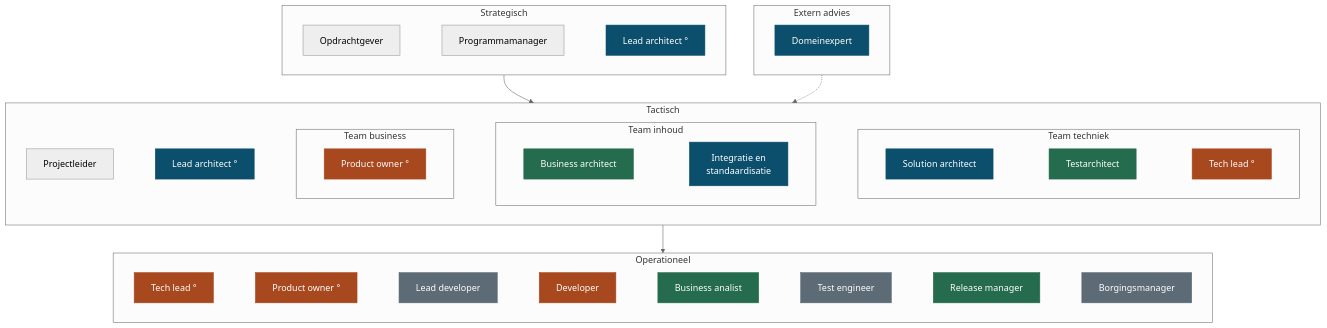
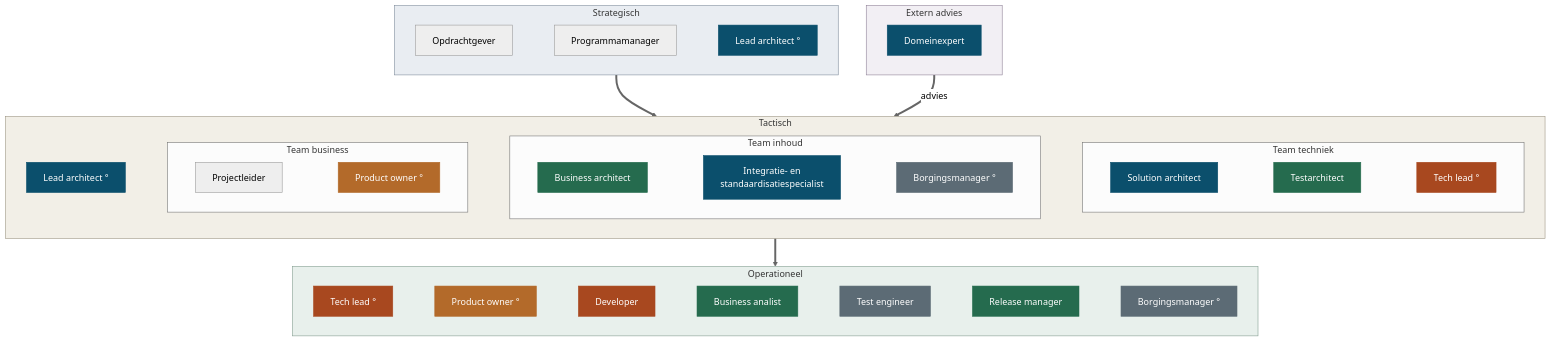
One commit to Npuls-OKx/meta changed the third of 3 diagrams in presentaties/src/260903_rollen.md. Above: the diagram before and after it, drawn with Mermaid (neutral theme). The commit also changed other lines of this file, not shown here.

````diff
--- a/presentaties/src/260903_rollen.md
+++ b/presentaties/src/260903_rollen.md
@@ -245,53 +288,56 @@
 ```mermaid
 flowchart TB
   subgraph EX["Extern advies"]
     direction LR
     DE["Domeinexpert"]
   end
   subgraph S["Strategisch"]
     direction LR
     OG["Opdrachtgever"] ~~~ PM["Programmamanager"] ~~~ LA1["Lead architect °"]
   end
   subgraph T["Tactisch"]
     direction LR
-    PL["Projectleider"]
     LA2["Lead architect °"]
     subgraph TB2["Team business"]
       direction LR
-      PO1["Product owner °"]
+      PL["Projectleider"] ~~~ PO1["Product owner °"]
     end
     subgraph TI["Team inhoud"]
       direction LR
-      BAR["Business architect"] ~~~ IS["Integratie en<br/>standaardisatie"]
+      BAR["Business architect"] ~~~ IS["Integratie- en<br/>standaardisatiespecialist"] ~~~ BM1["Borgingsmanager °"]
     end
     subgraph TT["Team techniek"]
       direction LR
       SA["Solution architect"] ~~~ TA["Testarchitect"] ~~~ TL1["Tech lead °"]
     end
-    PL ~~~ LA2 ~~~ TB2 ~~~ TI ~~~ TT
+    LA2 ~~~ TB2 ~~~ TI ~~~ TT
   end
   subgraph O["Operationeel"]
     direction LR
-    TL2["Tech lead °"] ~~~ PO2["Product owner °"] ~~~ LD["Lead developer"] ~~~ DEV["Developer"] ~~~ BA["Business analist"] ~~~ TE["Test engineer"] ~~~ RM["Release manager"] ~~~ BM["Borgingsmanager"]
+    TL2["Tech lead °"] ~~~ PO2["Product owner °"] ~~~ DEV["Developer"] ~~~ BA["Business analist"] ~~~ TE["Test engineer"] ~~~ RM["Release manager"] ~~~ BM2["Borgingsmanager °"]
   end
-  S --> T
-  T --> O
-  EX -.-> T
+  S ==> T
+  T ==> O
+  EX ==>|advies| T
+  style EX fill:#f2eff4,stroke:#8c7e94
+  style S fill:#e9edf2,stroke:#7d8a99
+  style T fill:#f2efe7,stroke:#9a9280
+  style O fill:#e8f0ec,stroke:#7f9a8c
   style LA1 fill:#0B4F6C,stroke:#0B4F6C,color:#fff
   style LA2 fill:#0B4F6C,stroke:#0B4F6C,color:#fff
   style SA fill:#0B4F6C,stroke:#0B4F6C,color:#fff
   style IS fill:#0B4F6C,stroke:#0B4F6C,color:#fff
   style DE fill:#0B4F6C,stroke:#0B4F6C,color:#fff
-  style PO1 fill:#A8481F,stroke:#A8481F,color:#fff
-  style PO2 fill:#A8481F,stroke:#A8481F,color:#fff
+  style PO1 fill:#B36A2A,stroke:#B36A2A,color:#fff
+  style PO2 fill:#B36A2A,stroke:#B36A2A,color:#fff
   style TL1 fill:#A8481F,stroke:#A8481F,color:#fff
   style TL2 fill:#A8481F,stroke:#A8481F,color:#fff
   style DEV fill:#A8481F,stroke:#A8481F,color:#fff
   style BAR fill:#256B4E,stroke:#256B4E,color:#fff
   style BA fill:#256B4E,stroke:#256B4E,color:#fff
   style TA fill:#256B4E,stroke:#256B4E,color:#fff
   style RM fill:#256B4E,stroke:#256B4E,color:#fff
-  style LD fill:#5C6B75,stroke:#5C6B75,color:#fff
   style TE fill:#5C6B75,stroke:#5C6B75,color:#fff
-  style BM fill:#5C6B75,stroke:#5C6B75,color:#fff
+  style BM1 fill:#5C6B75,stroke:#5C6B75,color:#fff
+  style BM2 fill:#5C6B75,stroke:#5C6B75,color:#fff
 ```
````
